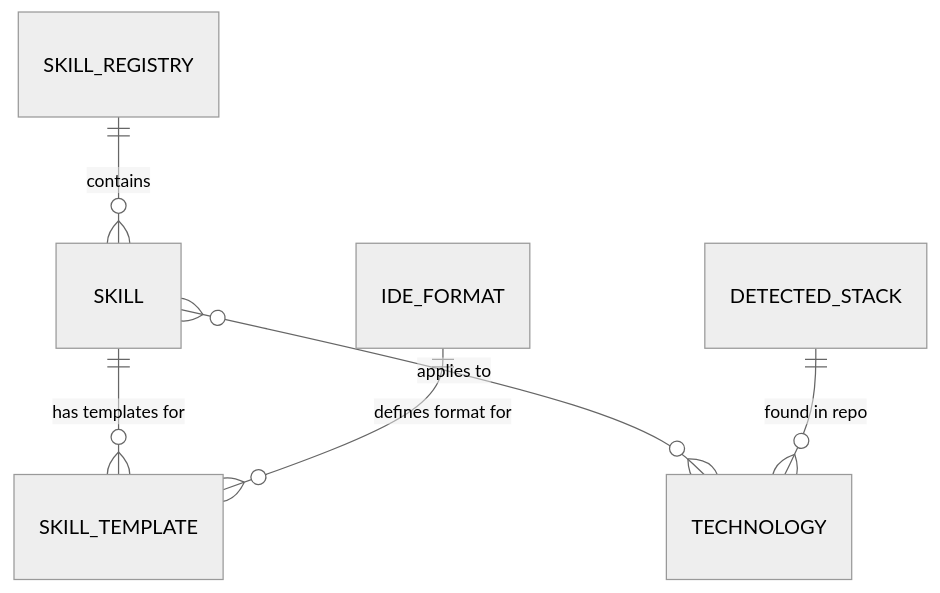
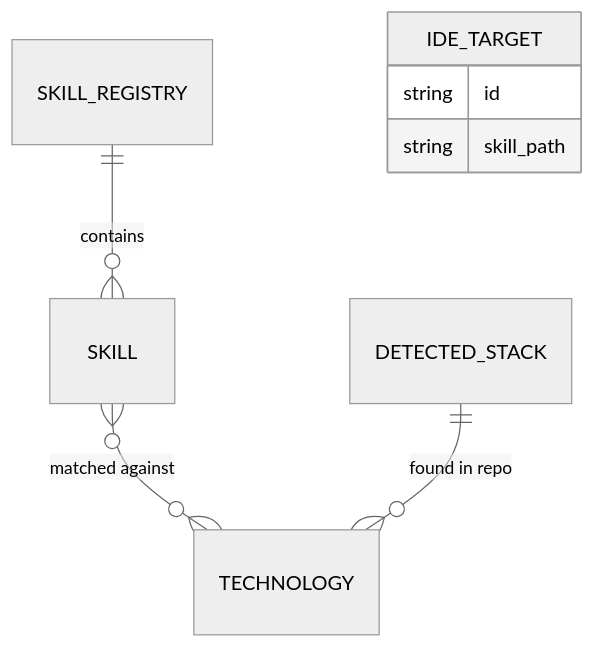
Before and after one commit to diegojramirezs7/devpack: the second of 2 diagrams in docs/system-design.md, drawn with Mermaid (neutral theme). The commit also changed other lines of this file and 121 other files, not shown here.

````diff
--- a/docs/system-design.md
+++ b/docs/system-design.md
@@ -38,8 +38,10 @@
 ```mermaid
 erDiagram
     SKILL_REGISTRY ||--o{ SKILL : contains
-    SKILL ||--o{ SKILL_TEMPLATE : "has templates for"
-    SKILL }o--o{ TECHNOLOGY : "applies to"
+    SKILL }o--o{ TECHNOLOGY : "matched against"
     DETECTED_STACK ||--o{ TECHNOLOGY : "found in repo"
-    IDE_FORMAT ||--o{ SKILL_TEMPLATE : "defines format for"
+    IDE_TARGET {
+        string id
+        string skill_path
+    }
 ```
````
